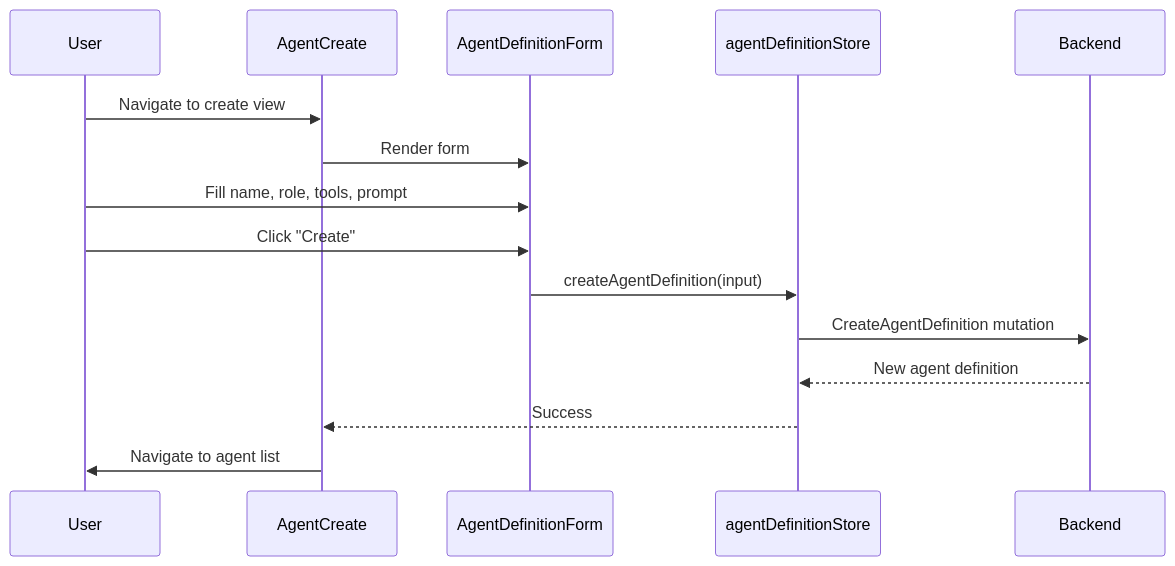
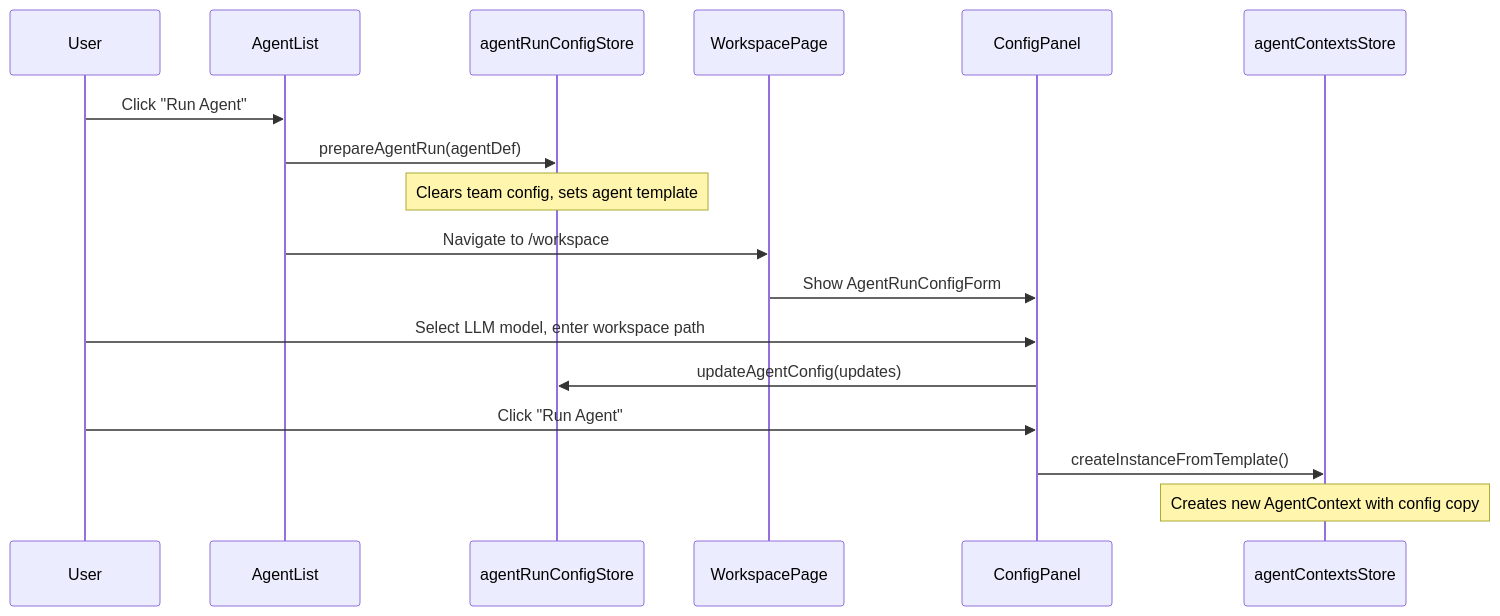
One commit to AutoByteus/autobyteus-web changed the second of 3 diagrams in docs/agent_management.md. Above: the diagram before and after it, drawn with Mermaid. The commit also changed other lines of this file and 98 other files, not shown here.

First line of the commit message:
refactor: Replace Agent Launch Profiles with per-instance Run Configs

````diff
--- a/docs/agent_management.md
+++ b/docs/agent_management.md
@@ -285,18 +220,22 @@
 ```mermaid
 sequenceDiagram
     participant User
-    participant AgentCreate
-    participant AgentDefinitionForm
-    participant Store as agentDefinitionStore
-    participant Backend
+    participant AgentList
+    participant RunConfigStore as agentRunConfigStore
+    participant WorkspacePage
+    participant ConfigPanel
+    participant ContextsStore as agentContextsStore
 
-    User->>AgentCreate: Navigate to create view
-    AgentCreate->>AgentDefinitionForm: Render form
-    User->>AgentDefinitionForm: Fill name, role, tools, prompt
-    User->>AgentDefinitionForm: Click "Create"
-    AgentDefinitionForm->>Store: createAgentDefinition(input)
-    Store->>Backend: CreateAgentDefinition mutation
-    Backend-->>Store: New agent definition
-    Store-->>AgentCreate: Success
-    AgentCreate->>User: Navigate to agent list
+    User->>AgentList: Click "Run Agent"
+    AgentList->>RunConfigStore: prepareAgentRun(agentDef)
+    Note over RunConfigStore: Clears team config, sets agent template
+    AgentList->>WorkspacePage: Navigate to /workspace
+
+    WorkspacePage->>ConfigPanel: Show AgentRunConfigForm
+    User->>ConfigPanel: Select LLM model, enter workspace path
+    ConfigPanel->>RunConfigStore: updateAgentConfig(updates)
+
+    User->>ConfigPanel: Click "Run Agent"
+    ConfigPanel->>ContextsStore: createInstanceFromTemplate()
+    Note over ContextsStore: Creates new AgentContext with config copy
 ```
````
